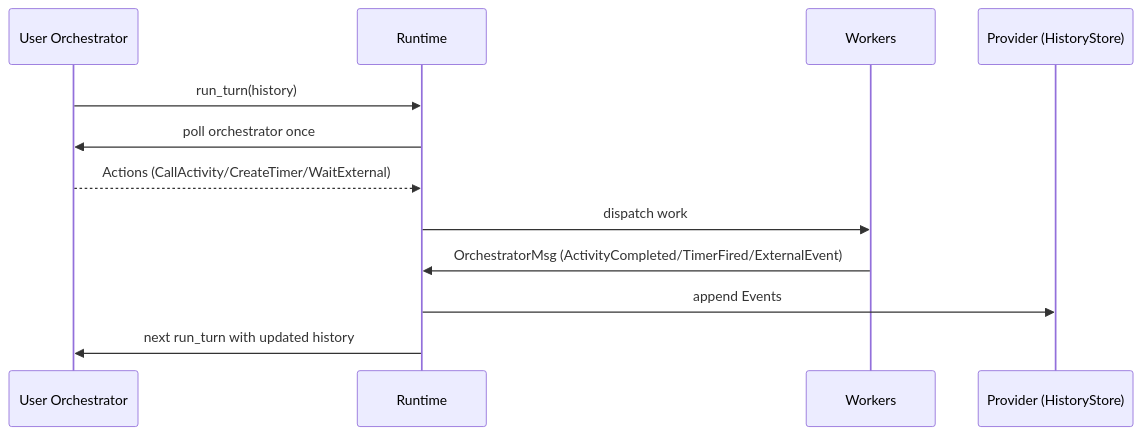
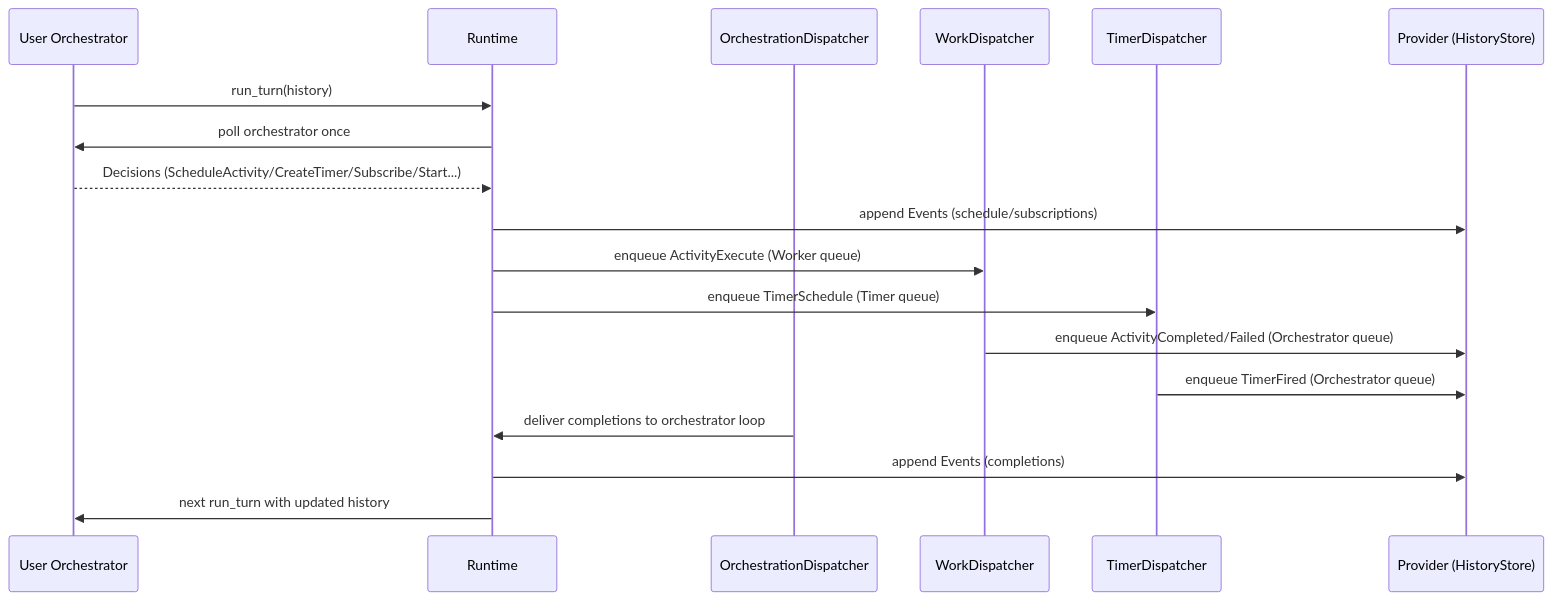
The first of 3 diagrams in docs/architecture.md (affandar/duroxide), drawn with Mermaid before and after one commit. The commit also changed other lines of this file and 12 other files, not shown here.

Commit message:
runtime/providers: introduce QueueKind and split work queues; add Timer/Work/Orchestration dispatchers; route ActivityExecute/TimerSchedule via provider; rehydrate timers through queue; docs: update architecture and API; tests: add dispatcher coverage; remove in-proc timer worker

````diff
--- a/docs/architecture.md
+++ b/docs/architecture.md
@@ -14,15 +14,21 @@
 ```mermaid
 sequenceDiagram
     participant U as User Orchestrator
     participant R as Runtime
-    participant W as Workers
+    participant OD as OrchestrationDispatcher
+    participant WD as WorkDispatcher
+    participant TD as TimerDispatcher
     participant P as Provider (HistoryStore)
 
     U->>R: run_turn(history)
     R->>U: poll orchestrator once
-    U-->>R: Actions (CallActivity/CreateTimer/WaitExternal)
-    R->>W: dispatch work
-    W->>R: OrchestratorMsg (ActivityCompleted/TimerFired/ExternalEvent)
-    R->>P: append Events
+    U-->>R: Decisions (ScheduleActivity/CreateTimer/Subscribe/Start...)
+    R->>P: append Events (schedule/subscriptions)
+    R->>WD: enqueue ActivityExecute (Worker queue)
+    R->>TD: enqueue TimerSchedule (Timer queue)
+    WD->>P: enqueue ActivityCompleted/Failed (Orchestrator queue)
+    TD->>P: enqueue TimerFired (Orchestrator queue)
+    OD->>R: deliver completions to orchestrator loop
+    R->>P: append Events (completions)
     R->>U: next run_turn with updated history
 ```
````
